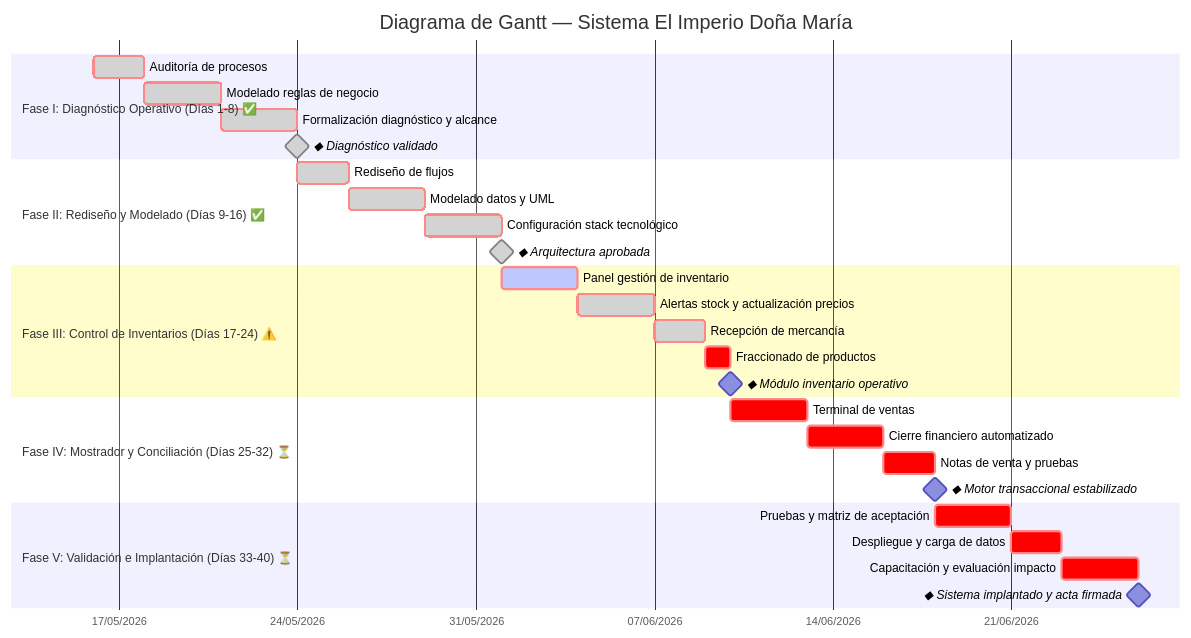
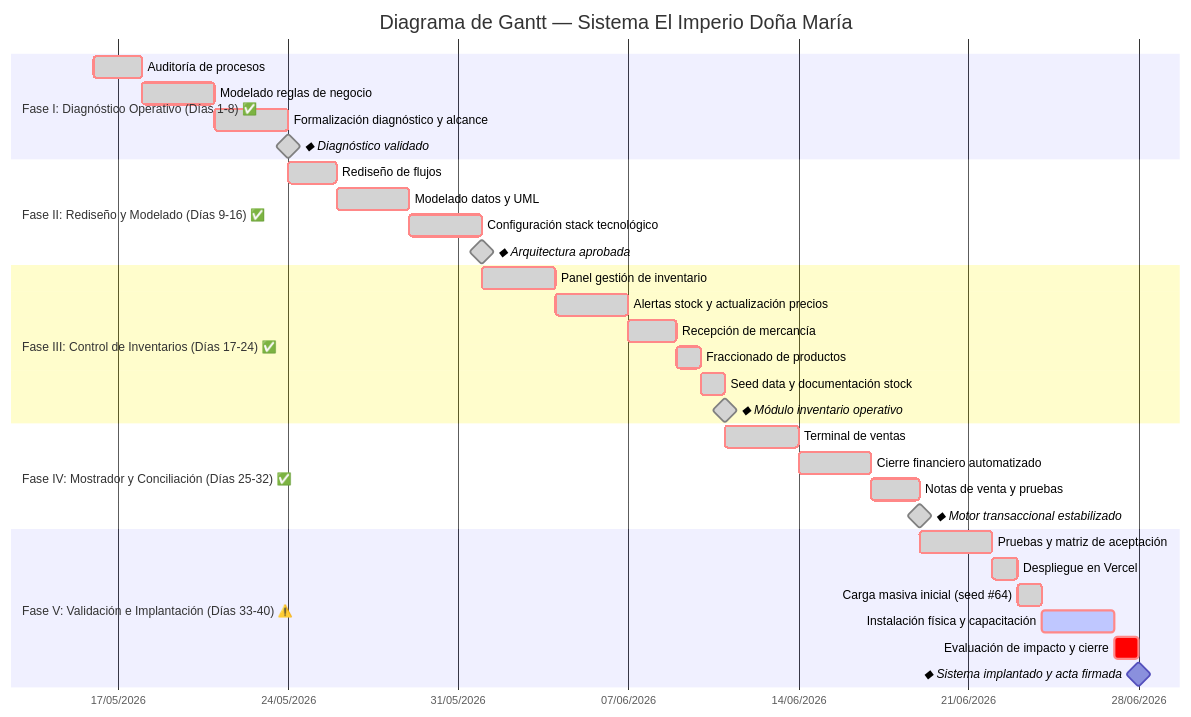
One commit to Deadflight/dona-maria-erp changed the diagram in docs/diagrams/gantt-plantuml.md. Above: the diagram before and after it, drawn with Mermaid. The commit also changed other lines of this file and 2 other files, not shown here.

Commit message:
docs(gantt): actualizar estado real al 13/08/2026 tras aplicar el seed (#109)

````diff
--- a/docs/diagrams/gantt-plantuml.md
+++ b/docs/diagrams/gantt-plantuml.md
@@ -9,39 +9,42 @@
 ```mermaid
 gantt
     title Diagrama de Gantt — Sistema El Imperio Doña María
     dateFormat YYYY-MM-DD
     axisFormat %d/%m/%Y
     tickInterval 1week
     weekend saturday
 
     section Fase I: Diagnóstico Operativo (Días 1-8) ✅
     Auditoría de procesos :done, crit, f1a, 2026-05-16, 2d
     Modelado reglas de negocio :done, crit, f1b, after f1a, 3d
     Formalización diagnóstico y alcance :done, crit, f1c, after f1b, 3d
     ◆ Diagnóstico validado :done, milestone, m1, after f1c, 0d
 
     section Fase II: Rediseño y Modelado (Días 9-16) ✅
     Rediseño de flujos :done, crit, f2a, after m1, 2d
     Modelado datos y UML :done, crit, f2b, after f2a, 3d
     Configuración stack tecnológico :done, crit, f2c, after f2b, 3d
     ◆ Arquitectura aprobada :done, milestone, m2, after f2c, 0d
 
-    section Fase III: Control de Inventarios (Días 17-24) ⚠️
-    Panel gestión de inventario :active, crit, f3a, after m2, 3d
+    section Fase III: Control de Inventarios (Días 17-24) ✅
+    Panel gestión de inventario :done, crit, f3a, after m2, 3d
     Alertas stock y actualización precios :done, crit, f3b, after f3a, 3d
     Recepción de mercancía :done, crit, f3c, after f3b, 2d
-    Fraccionado de productos :crit, f3d, after f3c, 1d
-    ◆ Módulo inventario operativo :milestone, m3, after f3d, 0d
+    Fraccionado de productos :done, crit, f3d, after f3c, 1d
+    Seed data y documentación stock :done, crit, f3e, after f3d, 1d
+    ◆ Módulo inventario operativo :done, milestone, m3, after f3e, 0d
 
-    section Fase IV: Mostrador y Conciliación (Días 25-32) ⏳
-    Terminal de ventas :crit, f4a, after m3, 3d
-    Cierre financiero automatizado :crit, f4b, after f4a, 3d
-    Notas de venta y pruebas :crit, f4c, after f4b, 2d
-    ◆ Motor transaccional estabilizado :milestone, m4, after f4c, 0d
+    section Fase IV: Mostrador y Conciliación (Días 25-32) ✅
+    Terminal de ventas :done, crit, f4a, after m3, 3d
+    Cierre financiero automatizado :done, crit, f4b, after f4a, 3d
+    Notas de venta y pruebas :done, crit, f4c, after f4b, 2d
+    ◆ Motor transaccional estabilizado :done, milestone, m4, after f4c, 0d
 
-    section Fase V: Validación e Implantación (Días 33-40) ⏳
-    Pruebas y matriz de aceptación :crit, f5a, after m4, 3d
-    Despliegue y carga de datos :crit, f5b, after f5a, 2d
-    Capacitación y evaluación impacto :crit, f5c, after f5b, 3d
-    ◆ Sistema implantado y acta firmada :milestone, m5, after f5c, 0d
+    section Fase V: Validación e Implantación (Días 33-40) ⚠️
+    Pruebas y matriz de aceptación :done, crit, f5a, after m4, 3d
+    Despliegue en Vercel :done, crit, f5b, after f5a, 1d
+    Carga masiva inicial (seed #64) :done, crit, f5c, after f5b, 1d
+    Instalación física y capacitación :active, crit, f5d, after f5c, 3d
+    Evaluación de impacto y cierre :crit, f5e, after f5d, 1d
+    ◆ Sistema implantado y acta firmada :milestone, m5, after f5e, 0d
 ```
````
